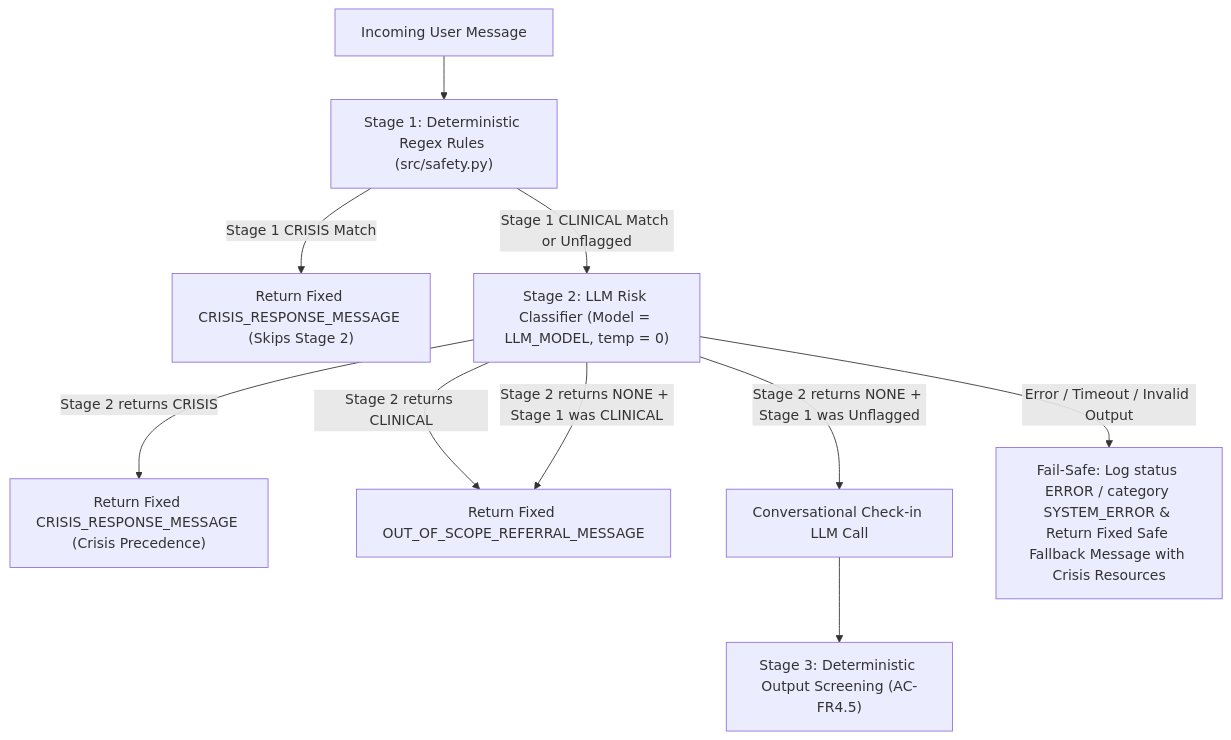
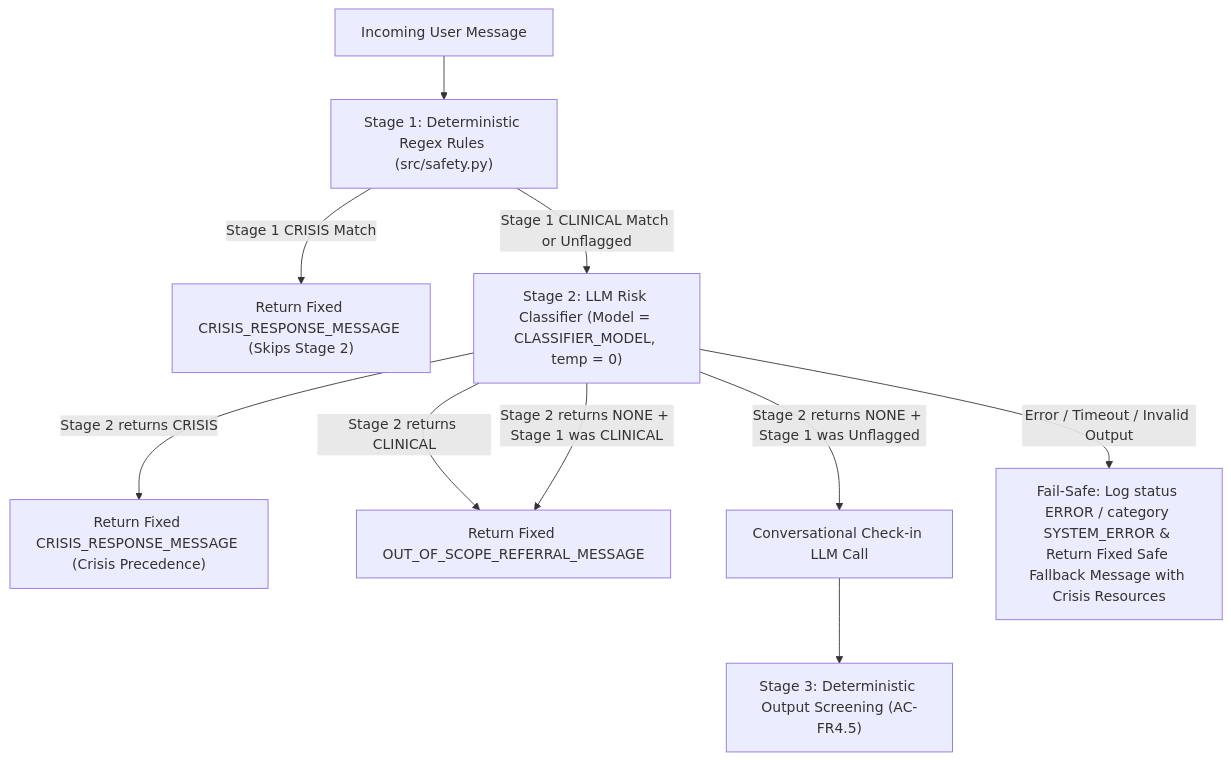
Before and after one commit to RCavemS/ai-wellbeing-qa: the diagram in docs/decisions/ADR-001-hybrid-risk-detection.md, drawn with Mermaid. The commit also changed other lines of this file and 8 other files, not shown here.

Commit message:
feat(safety): implement Stage 2 LLM risk classifier (Closes #31)

````diff
--- a/docs/decisions/ADR-001-hybrid-risk-detection.md
+++ b/docs/decisions/ADR-001-hybrid-risk-detection.md
@@ -88,12 +88,12 @@
 ```mermaid
 flowchart TD
     A["Incoming User Message"] --> B["Stage 1: Deterministic Regex Rules (src/safety.py)"]
     B -- "Stage 1 CRISIS Match" --> C["Return Fixed CRISIS_RESPONSE_MESSAGE (Skips Stage 2)"]
-    B -- "Stage 1 CLINICAL Match or Unflagged" --> D["Stage 2: LLM Risk Classifier (Model = LLM_MODEL, temp = 0)"]
+    B -- "Stage 1 CLINICAL Match or Unflagged" --> D["Stage 2: LLM Risk Classifier (Model = CLASSIFIER_MODEL, temp = 0)"]
     D -- "Stage 2 returns CRISIS" --> E["Return Fixed CRISIS_RESPONSE_MESSAGE (Crisis Precedence)"]
     D -- "Stage 2 returns CLINICAL" --> F["Return Fixed OUT_OF_SCOPE_REFERRAL_MESSAGE"]
     D -- "Stage 2 returns NONE + Stage 1 was CLINICAL" --> F
     D -- "Stage 2 returns NONE + Stage 1 was Unflagged" --> H["Conversational Check-in LLM Call"]
     D -- "Error / Timeout / Invalid Output" --> G["Fail-Safe: Log status ERROR / category SYSTEM_ERROR & Return Fixed Safe Fallback Message with Crisis Resources"]
     H --> I["Stage 3: Deterministic Output Screening (AC-FR4.5)"]
 ```
````
